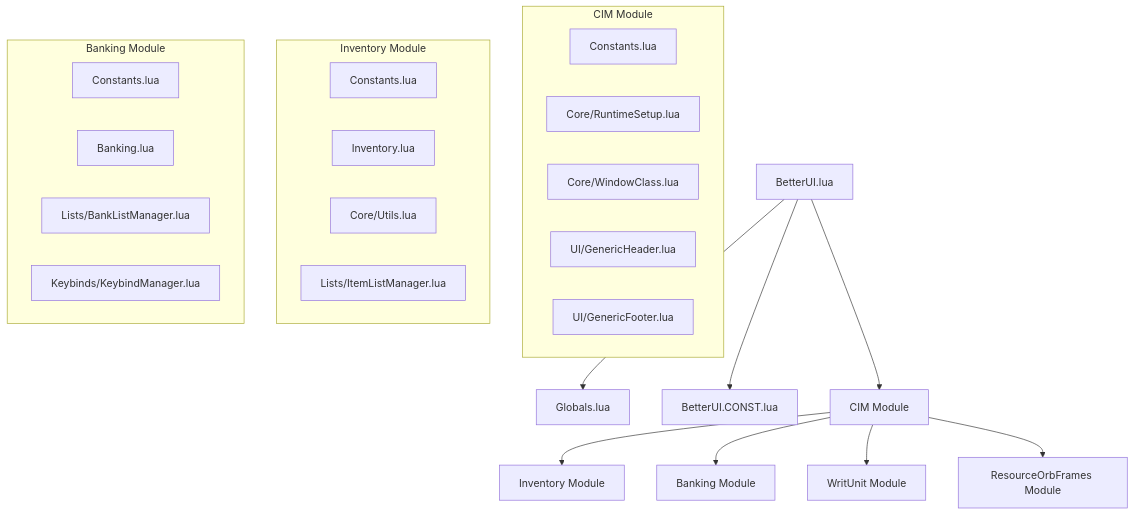
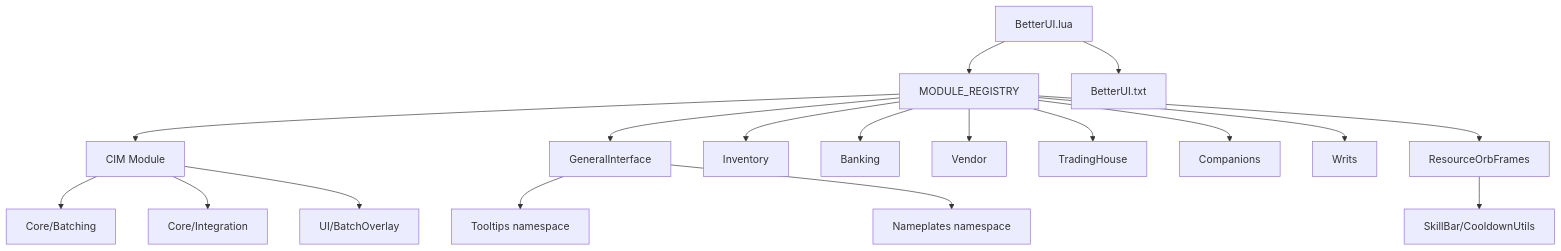
Before and after one commit to goobsnake/BetterUI: the first of 3 diagrams in docs/reference/architecture.md, drawn with Mermaid. The commit also changed other lines of this file and 43 other files, not shown here.

First line of the commit message:
refactor(core): reorganize CIM batching and shared seams

````diff
--- a/docs/reference/architecture.md
+++ b/docs/reference/architecture.md
@@ -487,32 +511,20 @@
 ```mermaid
 graph TD
-    A[BetterUI.lua] --> B[Globals.lua]
-    A --> C[BetterUI.CONST.lua]
-    A --> D[CIM Module]
-    D --> E[Inventory Module]
-    D --> F[Banking Module]
-    D --> G[WritUnit Module]
-    D --> L[ResourceOrbFrames Module]
-    
-    subgraph CIM[CIM Module]
-        D1[Constants.lua]
-        D2[Core/RuntimeSetup.lua]
-        D3[Core/WindowClass.lua]
-        D4[UI/GenericHeader.lua]
-        D5[UI/GenericFooter.lua]
-    end
-    
-    subgraph Inventory[Inventory Module]
-        E1[Constants.lua]
-        E2[Inventory.lua]
-        E3[Core/Utils.lua]
-        E4[Lists/ItemListManager.lua]
-    end
-    
-    subgraph Banking[Banking Module]
-        F1[Constants.lua]
-        F2[Banking.lua]
-        F3[Lists/BankListManager.lua]
-        F4[Keybinds/KeybindManager.lua]
-    end
+    A[BetterUI.lua] --> B[MODULE_REGISTRY]
+    A --> C[BetterUI.txt]
+    B --> D[CIM Module]
+    B --> E[GeneralInterface]
+    B --> F[Inventory]
+    B --> G[Banking]
+    B --> H[Vendor]
+    B --> I[TradingHouse]
+    B --> J[Companions]
+    B --> K[Writs]
+    B --> L[ResourceOrbFrames]
+    E --> E1[Tooltips namespace]
+    E --> E2[Nameplates namespace]
+    D --> D1[Core/Batching]
+    D --> D2[Core/Integration]
+    D --> D3[UI/BatchOverlay]
+    L --> L1[SkillBar/CooldownUtils]
 ```
````
